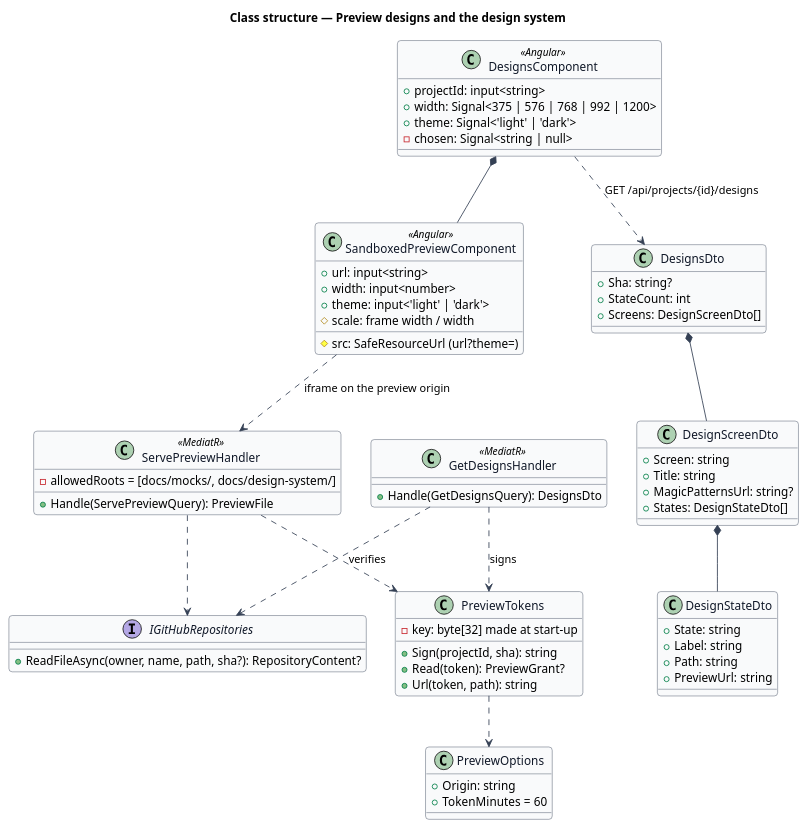
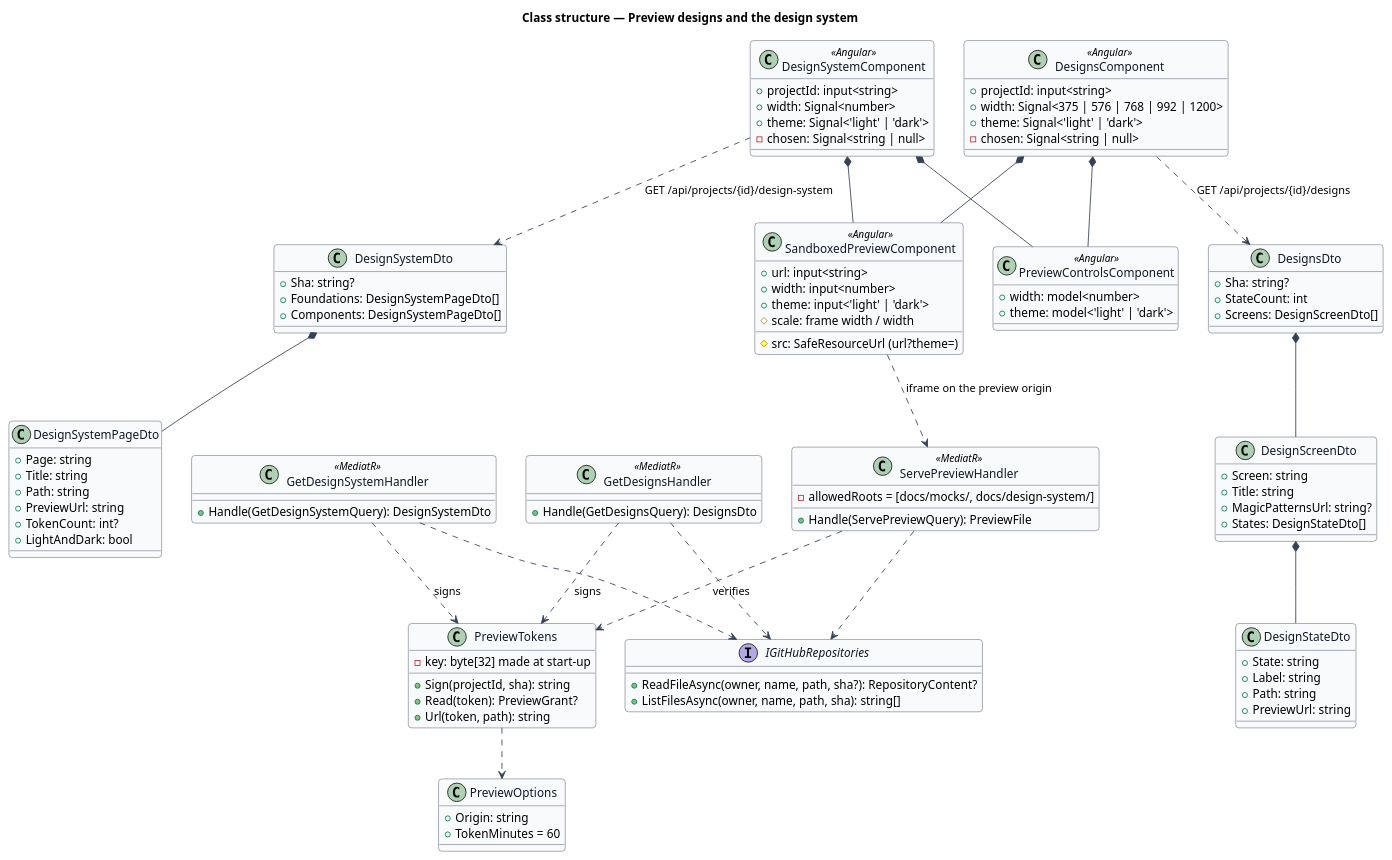
Before and after one commit to QuinntyneBrown/hewn: the diagram in docs/detailed-designs/mission-control/preview-designs/diagrams/class-structure.puml, drawn with PlantUML. The commit also changed 59 other files, not shown here.

First line of the commit message:
Browse the design system (journey 15, L2-012) (#23)

```diff
--- a/docs/detailed-designs/mission-control/preview-designs/diagrams/class-structure.puml
+++ b/docs/detailed-designs/mission-control/preview-designs/diagrams/class-structure.puml
@@ -1,74 +1,108 @@
 @startuml
 skinparam backgroundColor #FFFFFF
 skinparam shadowing false
 skinparam roundcorner 8
 skinparam defaultFontName Arial
 skinparam ArrowColor #344054
 skinparam class {
   BorderColor #344054
   FontColor #101828
   BackgroundColor #F9FAFB
 }
 title Class structure — Preview designs and the design system
 
 class DesignsComponent <<Angular>> {
   +projectId: input<string>
   +width: Signal<375 | 576 | 768 | 992 | 1200>
   +theme: Signal<'light' | 'dark'>
   -chosen: Signal<string | null>
+}
+class DesignSystemComponent <<Angular>> {
+  +projectId: input<string>
+  +width: Signal<number>
+  +theme: Signal<'light' | 'dark'>
+  -chosen: Signal<string | null>
+}
+class PreviewControlsComponent <<Angular>> {
+  +width: model<number>
+  +theme: model<'light' | 'dark'>
+}
+class DesignSystemDto {
+  +Sha: string?
+  +Foundations: DesignSystemPageDto[]
+  +Components: DesignSystemPageDto[]
+}
+class DesignSystemPageDto {
+  +Page: string
+  +Title: string
+  +Path: string
+  +PreviewUrl: string
+  +TokenCount: int?
+  +LightAndDark: bool
+}
+class GetDesignSystemHandler <<MediatR>> {
+  +Handle(GetDesignSystemQuery): DesignSystemDto
 }
 class SandboxedPreviewComponent <<Angular>> {
   +url: input<string>
   +width: input<number>
   +theme: input<'light' | 'dark'>
   #src: SafeResourceUrl (url?theme=)
   #scale: frame width / width
 }
 class DesignsDto {
   +Sha: string?
   +StateCount: int
   +Screens: DesignScreenDto[]
 }
 class DesignScreenDto {
   +Screen: string
   +Title: string
   +MagicPatternsUrl: string?
   +States: DesignStateDto[]
 }
 class DesignStateDto {
   +State: string
   +Label: string
   +Path: string
   +PreviewUrl: string
 }
 class GetDesignsHandler <<MediatR>> {
   +Handle(GetDesignsQuery): DesignsDto
 }
 class PreviewTokens {
   -key: byte[32] made at start-up
   +Sign(projectId, sha): string
   +Read(token): PreviewGrant?
   +Url(token, path): string
 }
 class ServePreviewHandler <<MediatR>> {
   +Handle(ServePreviewQuery): PreviewFile
   -allowedRoots = [docs/mocks/, docs/design-system/]
 }
 class PreviewOptions {
   +Origin: string
   +TokenMinutes = 60
 }
 interface IGitHubRepositories {
   +ReadFileAsync(owner, name, path, sha?): RepositoryContent?
+  +ListFilesAsync(owner, name, path, sha): string[]
 }
 DesignsComponent *-- SandboxedPreviewComponent
+DesignsComponent *-- PreviewControlsComponent
+DesignSystemComponent *-- SandboxedPreviewComponent
+DesignSystemComponent *-- PreviewControlsComponent
+DesignSystemComponent ..> DesignSystemDto : GET /api/projects/{id}/design-system
+DesignSystemDto *-- DesignSystemPageDto
+GetDesignSystemHandler ..> PreviewTokens : signs
+GetDesignSystemHandler ..> IGitHubRepositories
 DesignsComponent ..> DesignsDto : GET /api/projects/{id}/designs
 DesignsDto *-- DesignScreenDto
 DesignScreenDto *-- DesignStateDto
 GetDesignsHandler ..> PreviewTokens : signs
 GetDesignsHandler ..> IGitHubRepositories
 ServePreviewHandler ..> PreviewTokens : verifies
 ServePreviewHandler ..> IGitHubRepositories
 PreviewTokens ..> PreviewOptions
 SandboxedPreviewComponent ..> ServePreviewHandler : iframe on the preview origin
 @enduml
```
